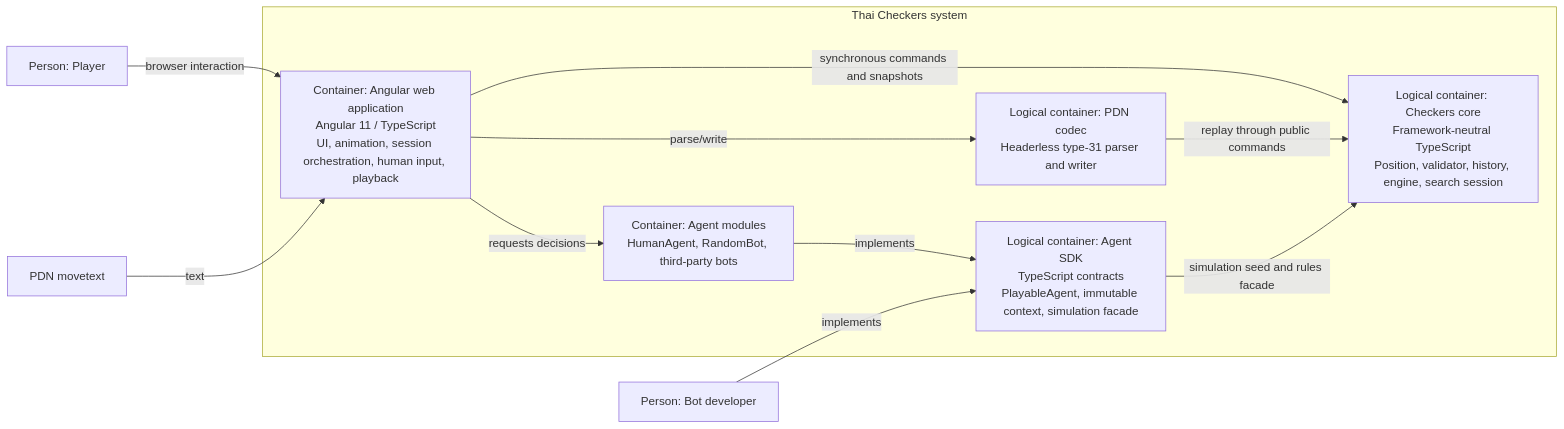
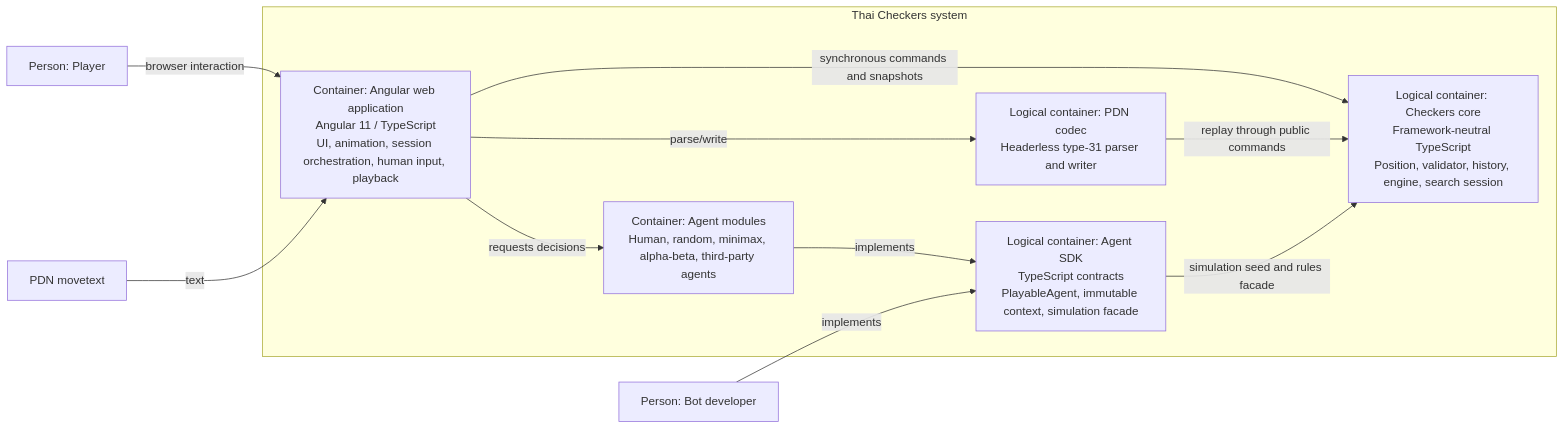
The second of 4 diagrams in design/c4-architecture.md (chameleonTK/systemone-thai-checkers), drawn with Mermaid before and after one commit. The commit also changed other lines of this file and 21 other files, not shown here.

Commit message:
add minimax bots

````diff
--- a/design/c4-architecture.md
+++ b/design/c4-architecture.md
@@ -24,24 +24,24 @@
 ```mermaid
 flowchart LR
     human["Person: Player"]
     botdev["Person: Bot developer"]
     pdn["PDN movetext"]
 
     subgraph system["Thai Checkers system"]
         spa["Container: Angular web application\nAngular 11 / TypeScript\nUI, animation, session orchestration, human input, playback"]
         core["Logical container: Checkers core\nFramework-neutral TypeScript\nPosition, validator, history, engine, search session"]
         sdk["Logical container: Agent SDK\nTypeScript contracts\nPlayableAgent, immutable context, simulation facade"]
-        bots["Container: Agent modules\nHumanAgent, RandomBot, third-party bots"]
+        bots["Container: Agent modules\nHuman, random, minimax, alpha-beta, third-party agents"]
         codec["Logical container: PDN codec\nHeaderless type-31 parser and writer"]
     end
 
     human -->|browser interaction| spa
     botdev -->|implements| sdk
     pdn -->|text| spa
     spa -->|synchronous commands and snapshots| core
     spa -->|parse/write| codec
     spa -->|requests decisions| bots
     bots -->|implements| sdk
     sdk -->|simulation seed and rules facade| core
     codec -->|replay through public commands| core
 ```
````
